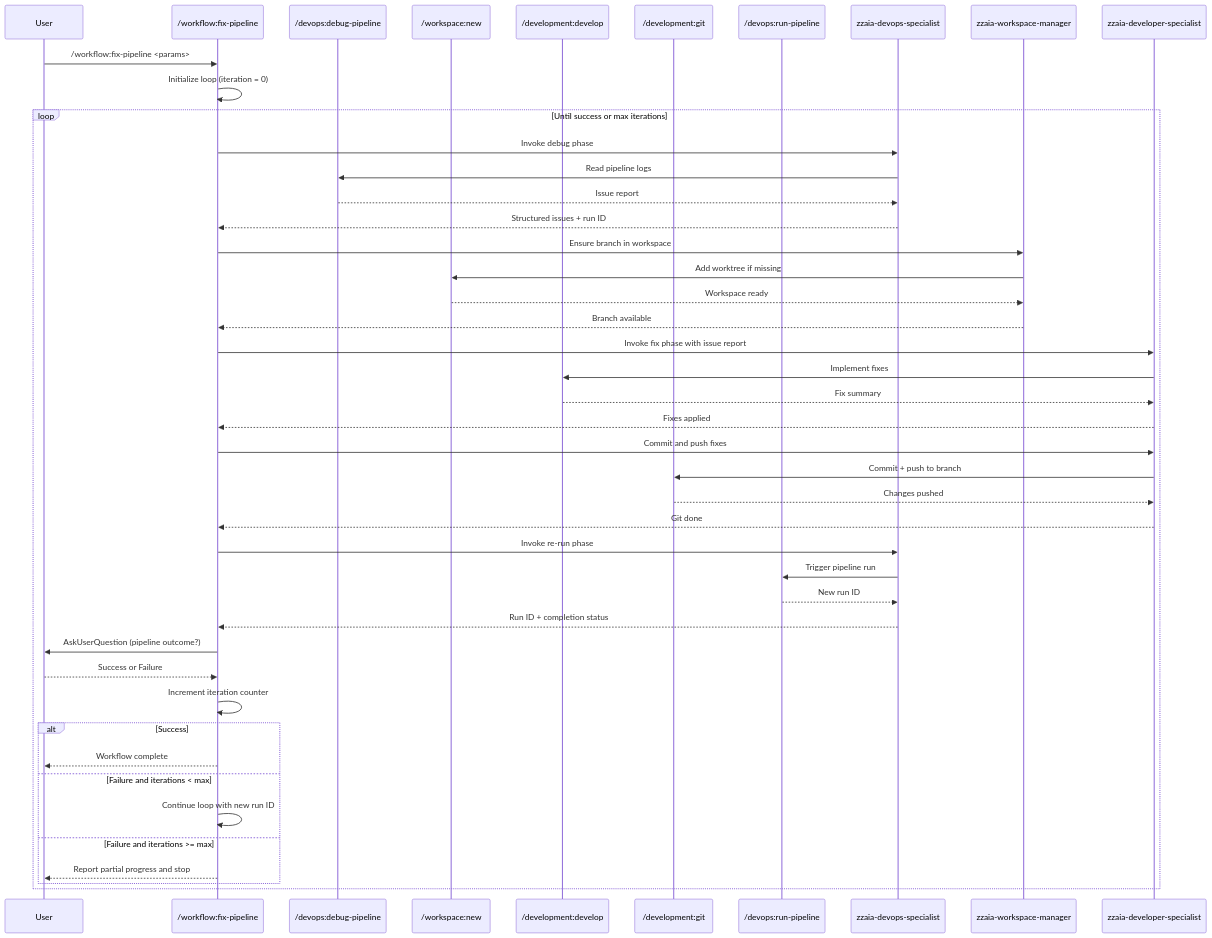
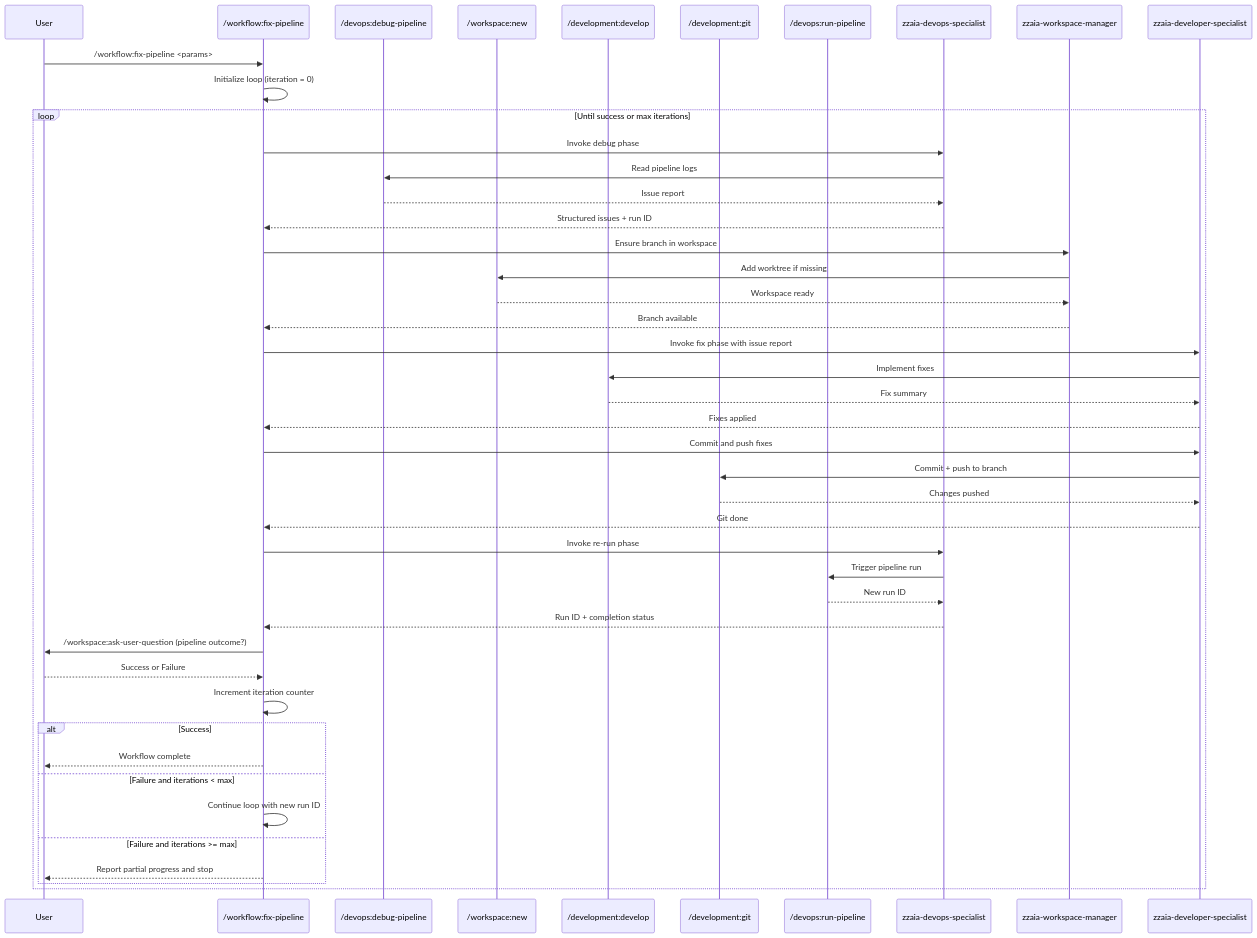
Before and after one commit to zzaia/zzaia-agentic-workspace: the diagram in .claude/commands/workflow/fix-pipeline.md, drawn with Mermaid. The commit also changed other lines of this file and 6 other files, not shown here.

Commit message:
Change the use of AskUserQuestion to new command;

````diff
--- a/.claude/commands/workflow/fix-pipeline.md
+++ b/.claude/commands/workflow/fix-pipeline.md
@@ -97,55 +97,55 @@
 ```mermaid
 sequenceDiagram
     participant U as User
     participant W as /workflow:fix-pipeline
     participant DBG as /devops:debug-pipeline
     participant WN as /workspace:new
     participant FIX as /development:develop
     participant GIT as /development:git
     participant RUN as /devops:run-pipeline
     participant A1 as zzaia-devops-specialist
     participant A2 as zzaia-workspace-manager
     participant A3 as zzaia-developer-specialist
 
     U->>W: /workflow:fix-pipeline <params>
     W->>W: Initialize loop (iteration = 0)
 
     loop Until success or max iterations
         W->>A1: Invoke debug phase
         A1->>DBG: Read pipeline logs
         DBG-->>A1: Issue report
         A1-->>W: Structured issues + run ID
 
         W->>A2: Ensure branch in workspace
         A2->>WN: Add worktree if missing
         WN-->>A2: Workspace ready
         A2-->>W: Branch available
 
         W->>A3: Invoke fix phase with issue report
         A3->>FIX: Implement fixes
         FIX-->>A3: Fix summary
         A3-->>W: Fixes applied
 
         W->>A3: Commit and push fixes
         A3->>GIT: Commit + push to branch
         GIT-->>A3: Changes pushed
         A3-->>W: Git done
 
         W->>A1: Invoke re-run phase
         A1->>RUN: Trigger pipeline run
         RUN-->>A1: New run ID
         A1-->>W: Run ID + completion status
 
-        W->>U: AskUserQuestion (pipeline outcome?)
+        W->>U: /workspace:ask-user-question (pipeline outcome?)
         U-->>W: Success or Failure
         W->>W: Increment iteration counter
 
         alt Success
             W-->>U: Workflow complete
         else Failure and iterations < max
             W->>W: Continue loop with new run ID
         else Failure and iterations >= max
             W-->>U: Report partial progress and stop
         end
     end
 ```
````
